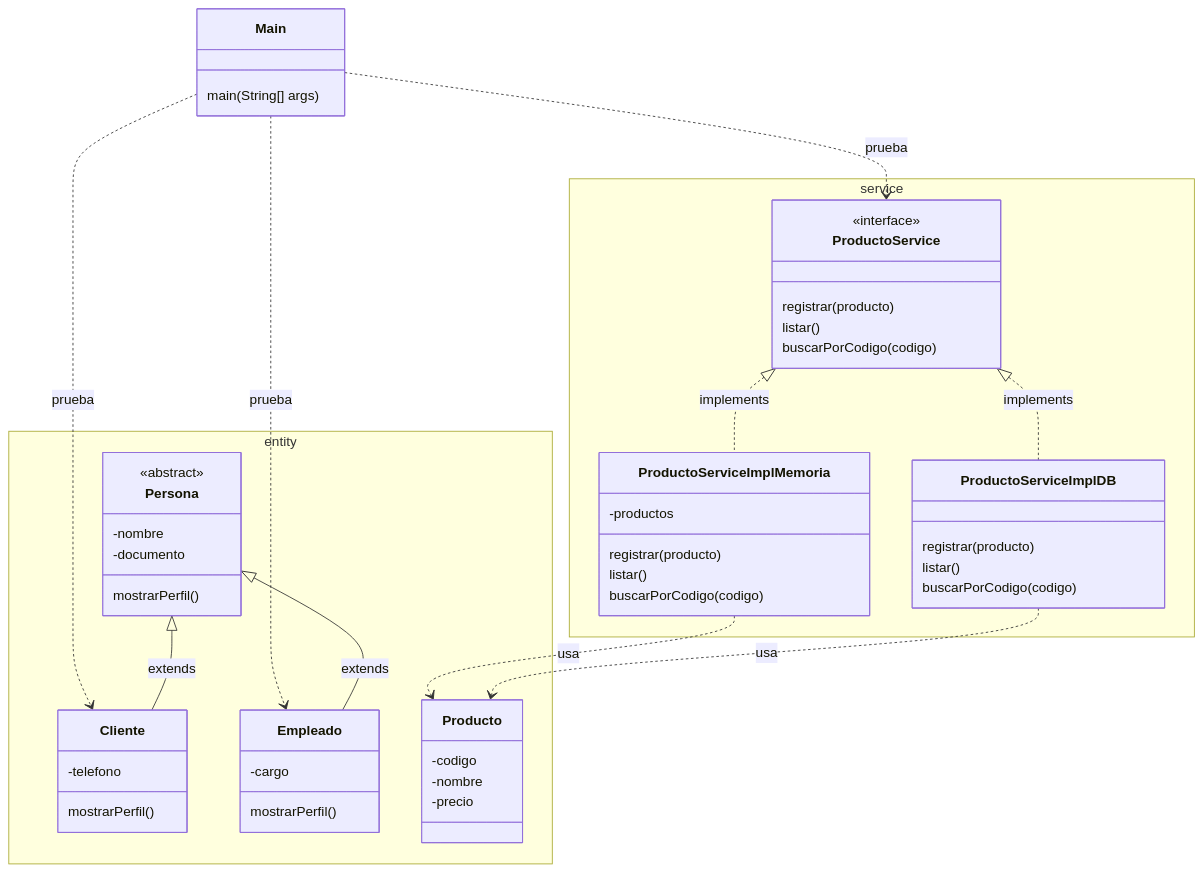
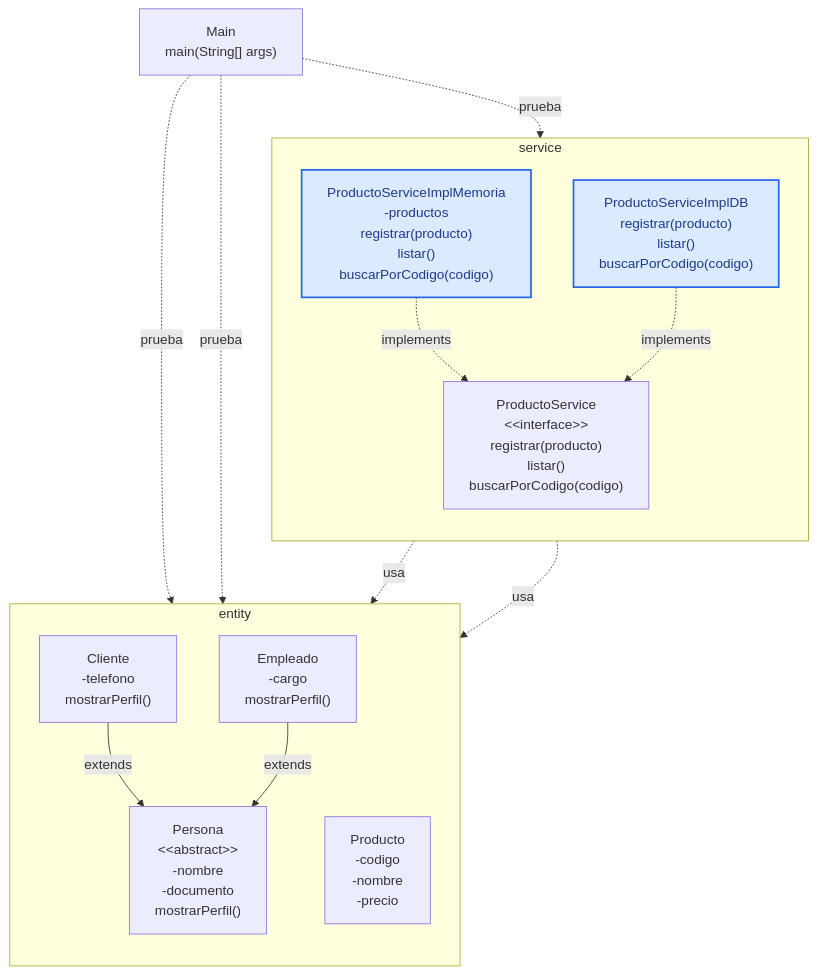
One commit to 262poo/comarket changed the diagram in docs/S04_Herencia_Polimorfismo.md. Above: the diagram before and after it, drawn with Mermaid. The commit also changed 3 other files, not shown here.

````diff
--- a/docs/S04_Herencia_Polimorfismo.md
+++ b/docs/S04_Herencia_Polimorfismo.md
@@ -68,62 +68,32 @@
 ```mermaid
-classDiagram
-    class Main {
-        main(String[] args)
-    }
+flowchart TB
+    Main["Main<br/>main(String[] args)"]
 
-    namespace entity {
-        class Persona {
-            <<abstract>>
-            -nombre
-            -documento
-            mostrarPerfil()
-        }
-        class Cliente {
-            -telefono
-            mostrarPerfil()
-        }
-        class Empleado {
-            -cargo
-            mostrarPerfil()
-        }
-        class Producto {
-            -codigo
-            -nombre
-            -precio
-        }
-    }
+    subgraph Entity["entity"]
+        direction TB
+        Persona["Persona<br/>&lt;&lt;abstract&gt;&gt;<br/>-nombre<br/>-documento<br/>mostrarPerfil()"]
+        Cliente["Cliente<br/>-telefono<br/>mostrarPerfil()"]
+        Empleado["Empleado<br/>-cargo<br/>mostrarPerfil()"]
+        Producto["Producto<br/>-codigo<br/>-nombre<br/>-precio"]
+    end
 
-    namespace service {
-        class ProductoService {
-            <<interface>>
-            registrar(producto)
-            listar()
-            buscarPorCodigo(codigo)
-        }
-        class ProductoServiceImplMemoria {
-            -productos
-            registrar(producto)
-            listar()
-            buscarPorCodigo(codigo)
-        }
-        class ProductoServiceImplDB {
-            registrar(producto)
-            listar()
-            buscarPorCodigo(codigo)
-        }
-    }
+    subgraph Service["service"]
+        direction TB
+        ProductoService["ProductoService<br/>&lt;&lt;interface&gt;&gt;<br/>registrar(producto)<br/>listar()<br/>buscarPorCodigo(codigo)"]
+        ProductoServiceImplMemoria["ProductoServiceImplMemoria<br/>-productos<br/>registrar(producto)<br/>listar()<br/>buscarPorCodigo(codigo)"]
+        ProductoServiceImplDB["ProductoServiceImplDB<br/>registrar(producto)<br/>listar()<br/>buscarPorCodigo(codigo)"]
+    end
 
-    Main ..> Cliente : prueba
-    Main ..> Empleado : prueba
-    Main ..> ProductoService : prueba
-    Persona <|-- Cliente : extends
-    Persona <|-- Empleado : extends
-    ProductoService <|.. ProductoServiceImplMemoria : implements
-    ProductoService <|.. ProductoServiceImplDB : implements
-    ProductoServiceImplMemoria ..> Producto : usa
-    ProductoServiceImplDB ..> Producto : usa
+    Main -. prueba .-> Cliente
+    Main -. prueba .-> Empleado
+    Main -. prueba .-> ProductoService
+    Cliente -- extends --> Persona
+    Empleado -- extends --> Persona
+    ProductoServiceImplMemoria -. implements .-> ProductoService
+    ProductoServiceImplDB -. implements .-> ProductoService
+    ProductoServiceImplMemoria -. usa .-> Producto
+    ProductoServiceImplDB -. usa .-> Producto
 
     classDef serviceImpl fill:#dbeafe,stroke:#2563eb,stroke-width:2px,color:#1e3a8a;
-    class ProductoServiceImplMemoria:::serviceImpl
-    class ProductoServiceImplDB:::serviceImpl
+    class ProductoServiceImplMemoria,ProductoServiceImplDB serviceImpl;
 ```
````
